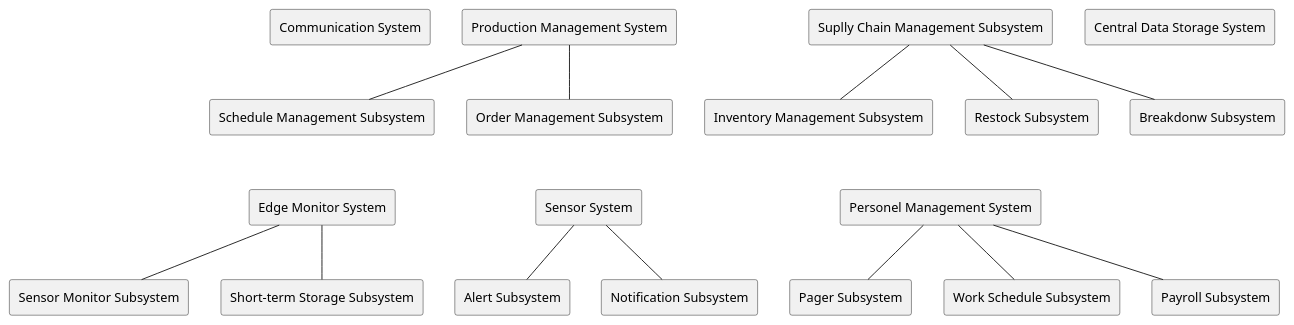
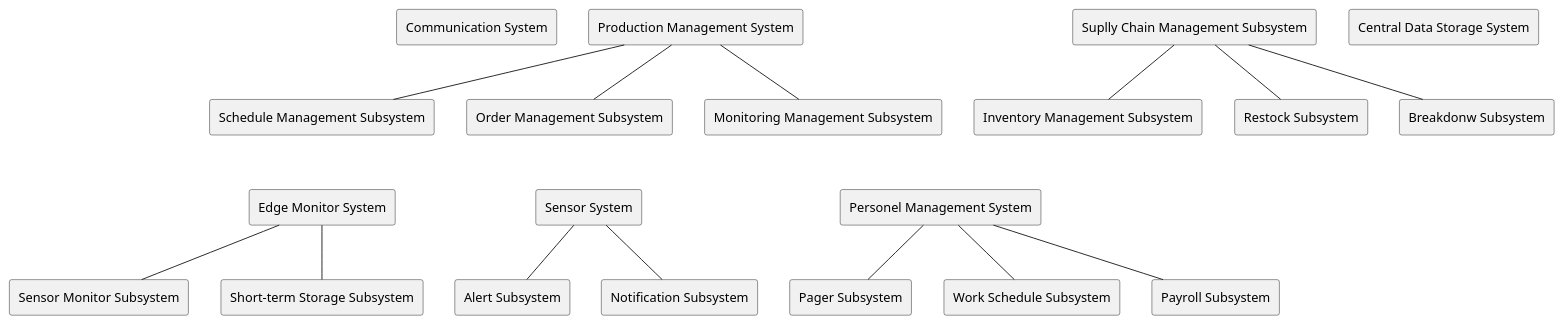
Before and after one commit to l-schier/ATiSA-E23: the diagram in report/diagrams/system-hierarchy.puml, drawn with PlantUML. The commit also changed 8 other files, not shown here.

Commit message:
fix: update diagram

```diff
--- a/report/diagrams/system-hierarchy.puml
+++ b/report/diagrams/system-hierarchy.puml
@@ -1,52 +1,54 @@
 @startuml systems
 rectangle "Production Management System" as pms
 rectangle "Schedule Management Subsystem" as sms
 rectangle "Order Management Subsystem" as oms
+rectangle "Monitoring Management Subsystem" as mms
 
 rectangle "Suplly Chain Management Subsystem" as scms
 rectangle "Inventory Management Subsystem" as ims
 rectangle "Restock Subsystem" as rss
 rectangle "Breakdonw Subsystem" as bds
 
 rectangle "Edge Monitor System" as ems
 rectangle "Sensor Monitor Subsystem" as smos
 rectangle "Short-term Storage Subsystem" as stss
 
 rectangle "Central Data Storage System" as cdss
 rectangle "Communication System" as cs
 
 rectangle "Sensor System" as ss
 rectangle "Alert Subsystem" as as
 rectangle "Notification Subsystem" as ns
 
 rectangle "Personel Management System" as pems
 rectangle "Pager Subsystem" as ps
 rectangle "Work Schedule Subsystem" as wss
 rectangle "Payroll Subsystem" as pls
 
 pms -- sms
 pms -- oms
+pms -- mms
 
 scms -- ims
 scms -- rss
 scms -- bds
 
 ems -- smos
 ems -- stss
 
 
 ss -- as
 ss -- ns
 
 pems -- ps
 pems -- wss
 pems -- pls
 
 pms -[hidden]r- scms
 pms -[hidden]l- cs
 sms -[hidden]d- ems
 ss -[hidden]l- ems
 ss -[hidden]r- pems
 
 
 @enduml
```
